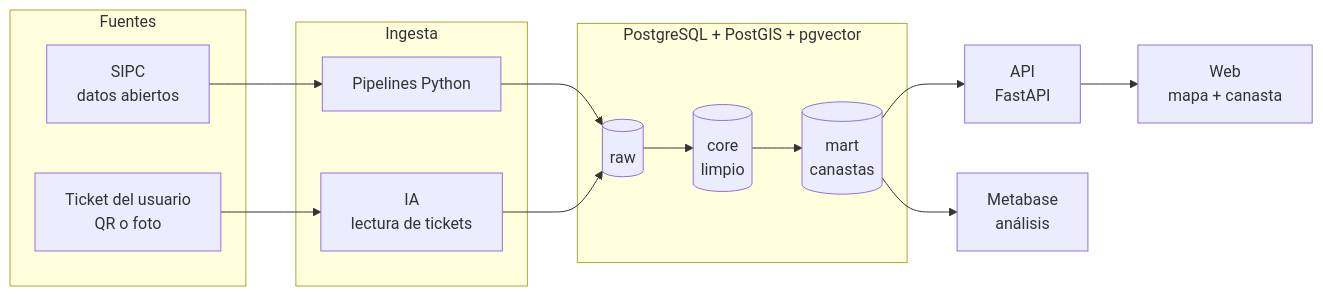
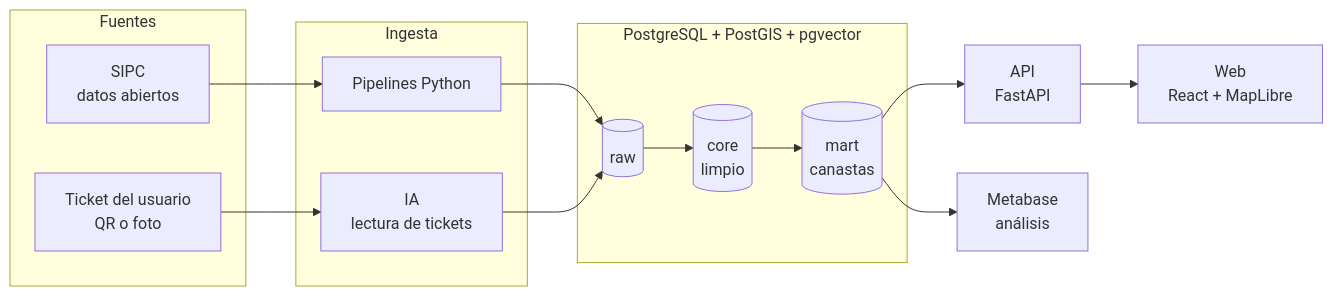
Before and after one commit to kenymtz/canasta-uy: the diagram in README.md, drawn with Mermaid. The commit also changed other lines of this file and 7 other files, not shown here.

Commit message:
Web: verificación final, contraste AA, mapa en carga diferida, controles del mapa por tema, README con capturas

````diff
--- a/README.md
+++ b/README.md
@@ -27,22 +34,22 @@
 ```mermaid
 flowchart LR
     subgraph Fuentes
         SIPC["SIPC<br/>datos abiertos"]
         TICKET["Ticket del usuario<br/>QR o foto"]
     end
 
     subgraph Ingesta
         ETL["Pipelines Python"]
         IA["IA<br/>lectura de tickets"]
     end
 
     subgraph PG["PostgreSQL + PostGIS + pgvector"]
         RAW[(raw)] --> CORE[(core<br/>limpio)] --> MART[(mart<br/>canastas)]
     end
 
     SIPC --> ETL --> RAW
     TICKET --> IA --> RAW
 
-    MART --> API["API<br/>FastAPI"] --> WEB["Web<br/>mapa + canasta"]
+    MART --> API["API<br/>FastAPI"] --> WEB["Web<br/>React + MapLibre"]
     MART --> MB["Metabase<br/>análisis"]
 ```
````
